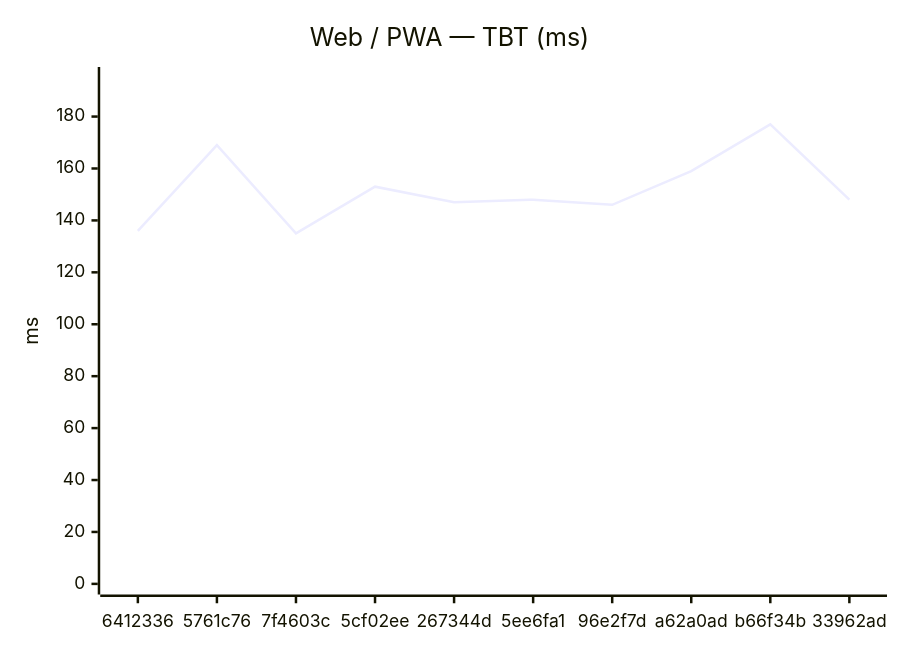
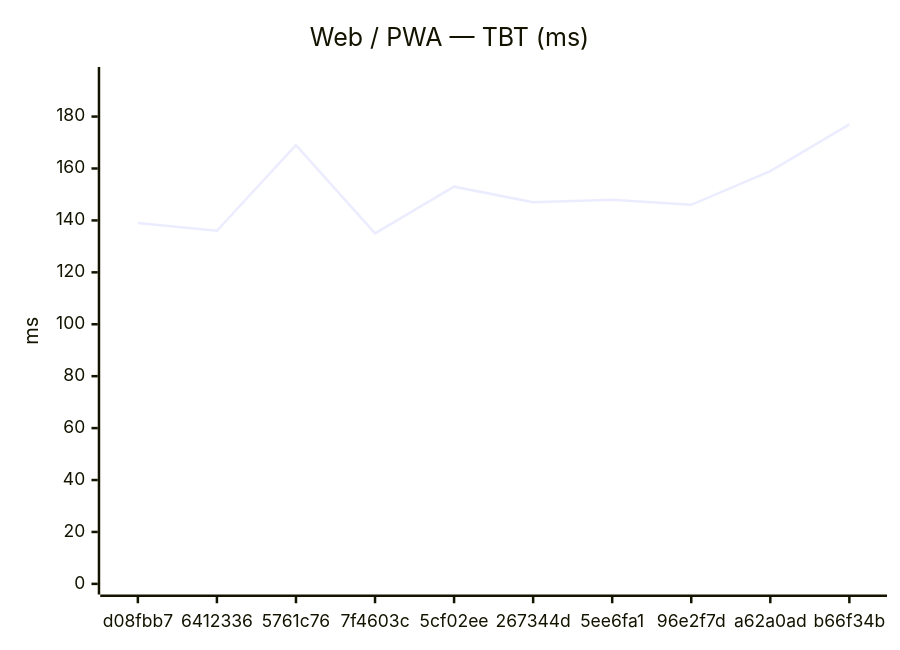
One commit to Metaheurist/Rianell changed the second of 18 diagrams in benchmarks/compare.md. Above: the diagram before and after it, drawn with Mermaid. The commit also changed other lines of this file and 11 other files, not shown here.

````diff
--- a/benchmarks/compare.md
+++ b/benchmarks/compare.md
@@ -31,7 +31,7 @@
 ```mermaid
 xychart-beta
     title "Web / PWA — TBT (ms)"
-    x-axis ["6412336", "5761c76", "7f4603c", "5cf02ee", "267344d", "5ee6fa1", "96e2f7d", "a62a0ad", "b66f34b", "33962ad"]
+    x-axis ["d08fbb7", "6412336", "5761c76", "7f4603c", "5cf02ee", "267344d", "5ee6fa1", "96e2f7d", "a62a0ad", "b66f34b"]
     y-axis "ms" 0 --> 195
-    line [136, 169, 135, 153, 147, 148, 146, 159, 177, 148]
+    line [139, 136, 169, 135, 153, 147, 148, 146, 159, 177]
 ```
````
